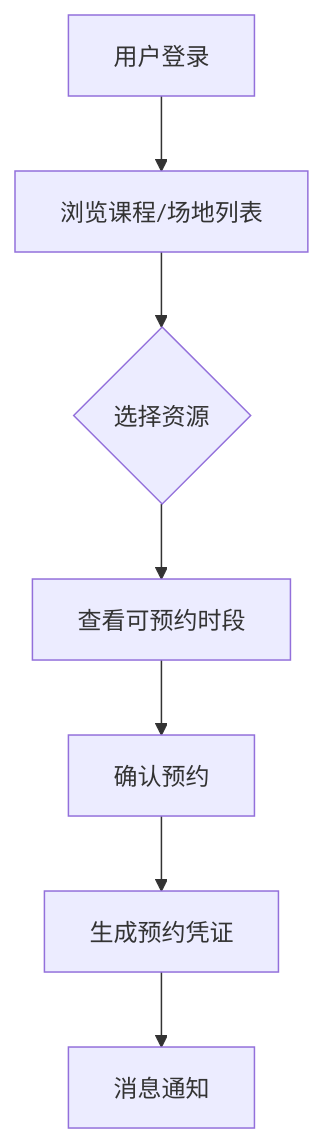
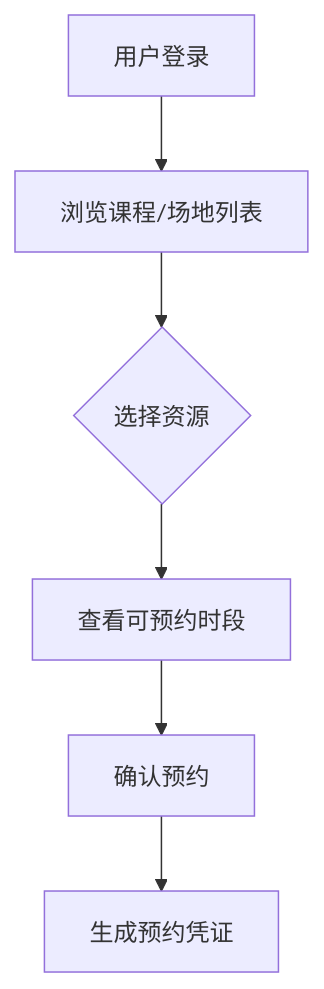
Before and after one commit to carrot-liang/carrot-liang: the first of 2 diagrams in docs/blog/snippet/健身中心预约软件功能需求说明书.md, drawn with Mermaid. The commit also changed other lines of this file and 3 other files, not shown here.

````diff
--- a/docs/blog/snippet/健身中心预约软件功能需求说明书.md
+++ b/docs/blog/snippet/健身中心预约软件功能需求说明书.md
@@ -26,9 +26,8 @@
 ```mermaid
 graph TD
   A[用户登录] --> B[浏览课程/场地列表]
   B --> C{选择资源}
   C --> D[查看可预约时段]
   D --> E[确认预约]
   E --> F[生成预约凭证]
-  F --> G[消息通知]
 ```
````
